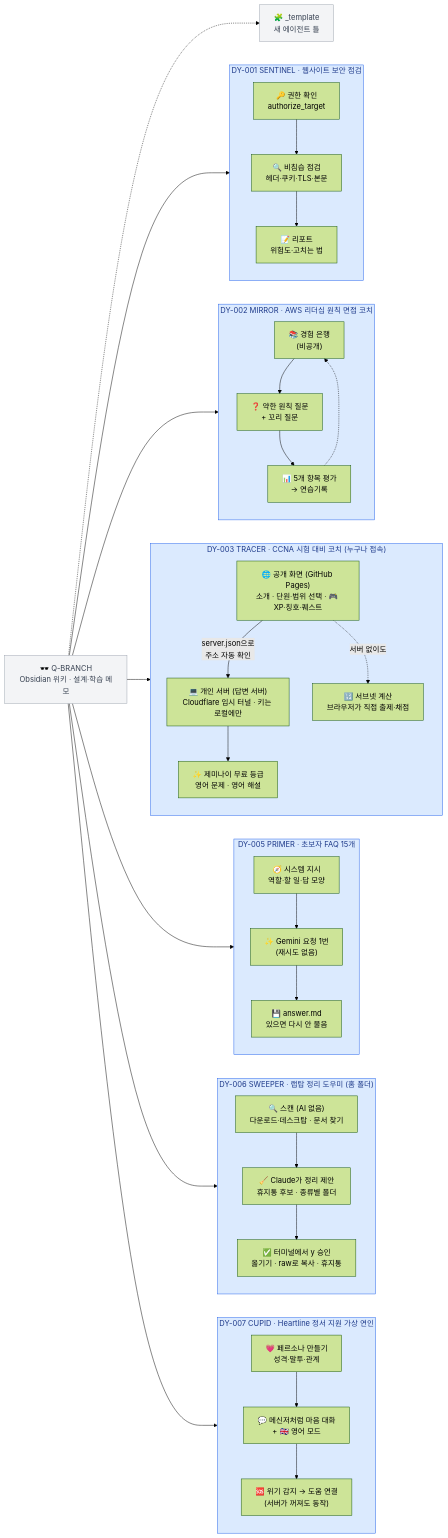
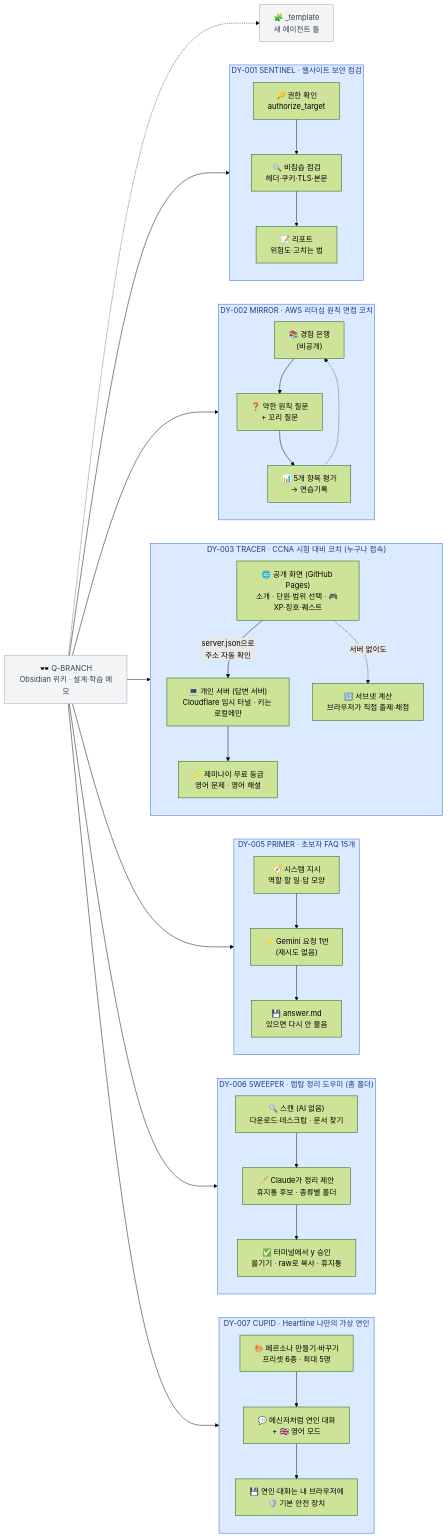
The diagram in README.md (DODO-YONG/Obsidian), drawn with Mermaid (forest theme) before and after one commit. The commit also changed other lines of this file and 27 other files, not shown here.

First line of the commit message:
Heartline v0.6: 1순위를 페르소나(나만의 연인 만들기·바꾸기·여러 명)로 재정렬

````diff
--- a/README.md
+++ b/README.md
@@ -12,59 +12,59 @@
 ```mermaid
 flowchart LR
   W["🕶️ Q-BRANCH<br/>Obsidian 위키 · 설계·학습 메모"]
   T["🧩 _template<br/>새 에이전트 틀"]
   W -.-> T
 
   subgraph SA["DY-001 SENTINEL · 웹사이트 보안 점검"]
     direction TB
     SA1["🔑 권한 확인<br/>authorize_target"] --> SA2["🔍 비침습 점검<br/>헤더·쿠키·TLS·본문"]
     SA2 --> SA3["📝 리포트<br/>위험도·고치는 법"]
   end
   W --> SA
 
   subgraph IC["DY-002 MIRROR · AWS 리더십 원칙 면접 코치"]
     direction TB
     IC1["📚 경험 은행<br/>(비공개)"] --> IC2["❓ 약한 원칙 질문<br/>+ 꼬리 질문"]
     IC2 --> IC3["📊 5개 항목 평가<br/>→ 연습기록"]
     IC3 -.-> IC1
   end
   W --> IC
 
   subgraph CC["DY-003 TRACER · CCNA 시험 대비 코치 (누구나 접속)"]
     direction TB
     CC1["🌐 공개 화면 (GitHub Pages)<br/>소개 · 단원·범위 선택 · 🎮 XP·칭호·퀘스트"] -->|"server.json으로<br/>주소 자동 확인"| CC2["💻 개인 서버 (답변 서버)<br/>Cloudflare 임시 터널 · 키는 로컬에만"]
     CC2 --> CC3["✨ 제미나이 무료 등급<br/>영어 문제 · 영어 해설"]
     CC1 -.->|"서버 없이도"| CC4["🔢 서브넷 계산<br/>브라우저가 직접 출제·채점"]
   end
   W --> CC
 
   subgraph BF["DY-005 PRIMER · 초보자 FAQ 15개"]
     direction TB
     BF1["🧭 시스템 지시<br/>역할·할 일·답 모양"] --> BF2["✨ Gemini 요청 1번<br/>(재시도 없음)"]
     BF2 --> BF3["💾 answer.md<br/>있으면 다시 안 물음"]
   end
   W --> BF
 
   subgraph LH["DY-006 SWEEPER · 랩탑 정리 도우미 (홈 폴더)"]
     direction TB
     LH1["🔍 스캔 (AI 없음)<br/>다운로드·데스크탑 · 문서 찾기"] --> LH2["🧹 Claude가 정리 제안<br/>휴지통 후보 · 종류별 폴더"]
     LH2 --> LH3["✅ 터미널에서 y 승인<br/>옮기기 · raw로 복사 · 휴지통"]
   end
   W --> LH
 
-  subgraph HL["DY-007 CUPID · Heartline 정서 지원 가상 연인"]
+  subgraph HL["DY-007 CUPID · Heartline 나만의 가상 연인"]
     direction TB
-    HL1["💗 페르소나 만들기<br/>성격·말투·관계"] --> HL2["💬 메신저처럼 마음 대화<br/>+ 🇬🇧 영어 모드"]
-    HL2 --> HL3["🆘 위기 감지 → 도움 연결<br/>(서버가 꺼져도 동작)"]
+    HL1["🎨 페르소나 만들기·바꾸기<br/>프리셋 6종 · 최대 5명"] --> HL2["💬 메신저처럼 연인 대화<br/>+ 🇬🇧 영어 모드"]
+    HL2 --> HL3["💾 연인·대화는 내 브라우저에<br/>🛡️ 기본 안전 장치"]
   end
   W --> HL
 
   classDef base fill:#f3f4f6,stroke:#9ca3af,color:#374151
   class W,T base
   style SA fill:#dbeafe,stroke:#2563eb,color:#1e3a8a
   style IC fill:#dbeafe,stroke:#2563eb,color:#1e3a8a
   style CC fill:#dbeafe,stroke:#2563eb,color:#1e3a8a
   style BF fill:#dbeafe,stroke:#2563eb,color:#1e3a8a
   style LH fill:#dbeafe,stroke:#2563eb,color:#1e3a8a
   style HL fill:#dbeafe,stroke:#2563eb,color:#1e3a8a
 ```
````
